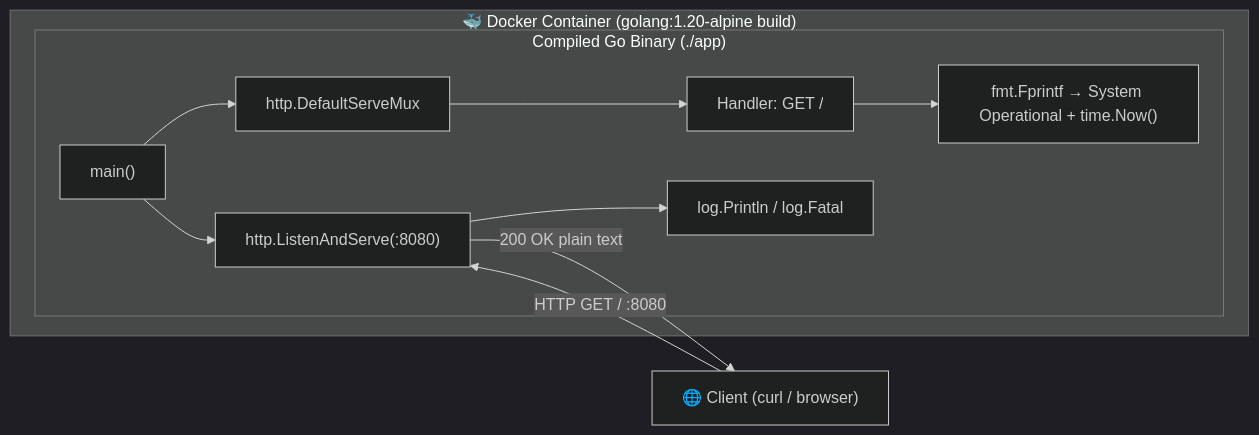
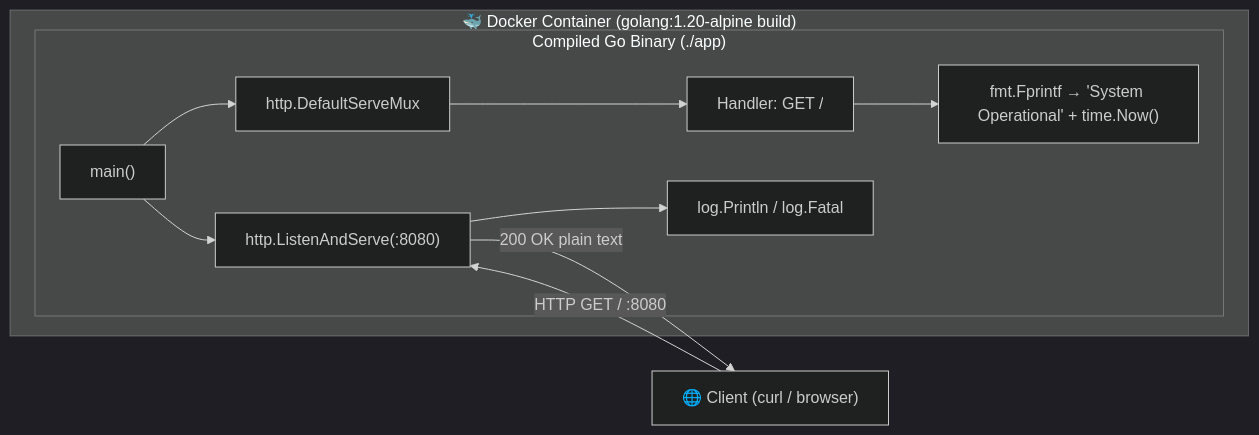
The second of 4 diagrams in README.md (Shivay00001/finance-quantum-option-pricing), drawn with Mermaid (dark theme) before and after one commit. The commit also changed other lines of this file, not shown here.

````diff
--- a/README.md
+++ b/README.md
@@ -63,14 +62,14 @@
 ```mermaid
 flowchart LR
     subgraph Container["🐳 Docker Container (golang:1.20-alpine build)"]
         subgraph Binary["Compiled Go Binary (./app)"]
             M["main()"] --> MUX["http.DefaultServeMux"]
             MUX --> HND["Handler: GET /"]
-            HND --> RESP["fmt.Fprintf → System Operational + time.Now()"]
+            HND --> RESP["fmt.Fprintf → 'System Operational' + time.Now()"]
             M --> SRV["http.ListenAndServe(:8080)"]
             SRV --> LOG["log.Println / log.Fatal"]
         end
     end
     CLIENT["🌐 Client (curl / browser)"] -->|"HTTP GET / :8080"| SRV
     SRV -->|"200 OK plain text"| CLIENT
 ```
````
